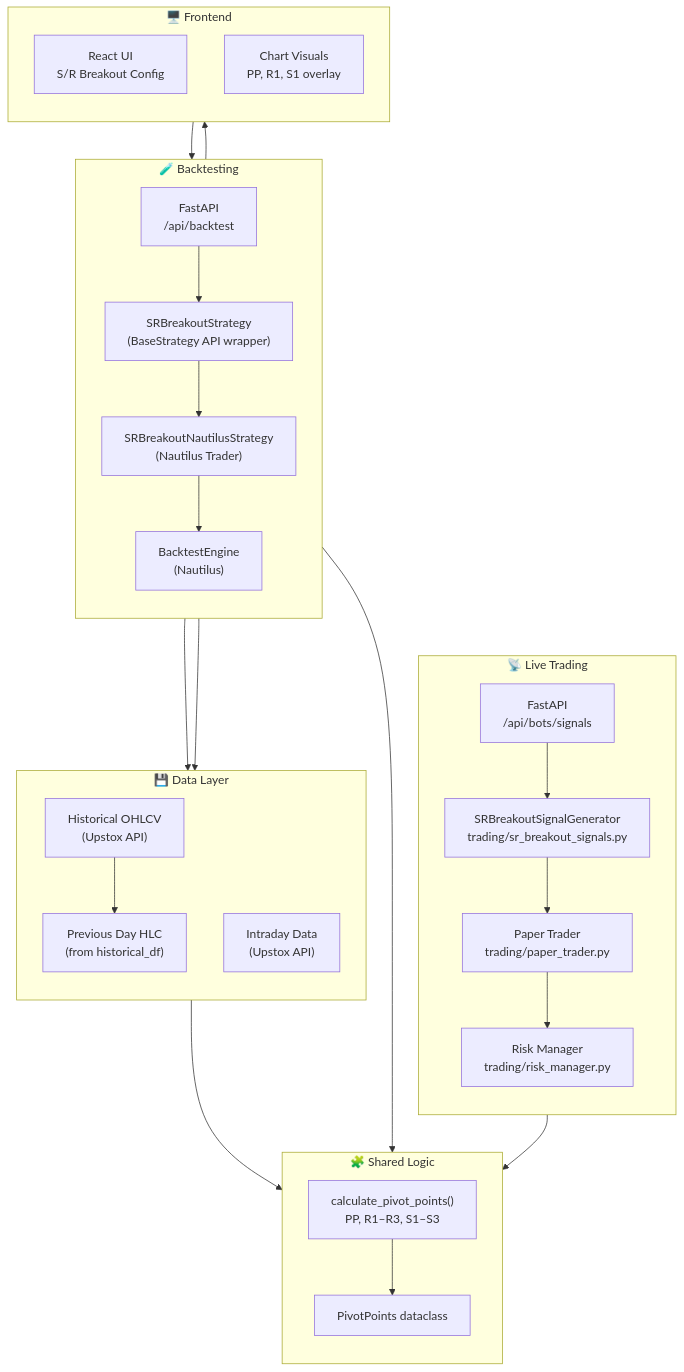
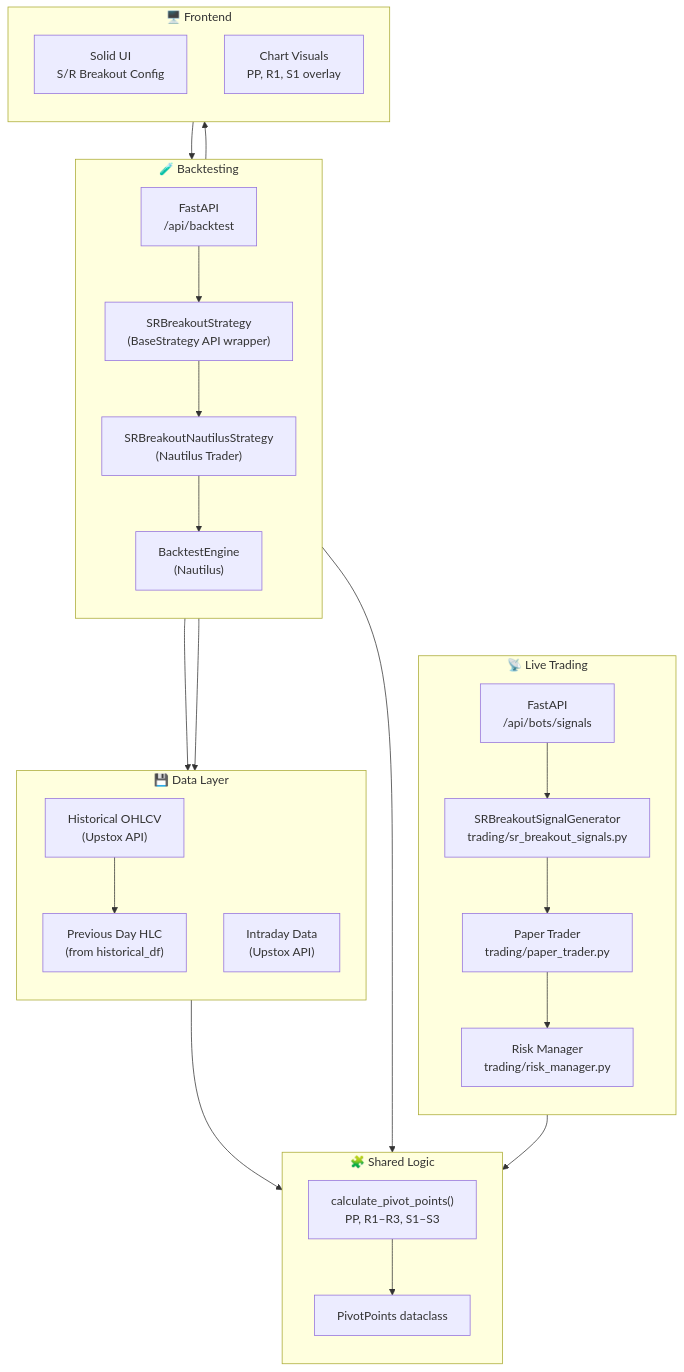
One commit to syntaxhacker/Alphashri changed the fifth of 5 diagrams in stock-screener-ui/docs/strategy-sr-breakout.md. Above: the diagram before and after it, drawn with Mermaid. The commit also changed 15 other files, not shown here.

First line of the commit message:
docs: correct the React-era claims to SolidJS

````diff
--- a/stock-screener-ui/docs/strategy-sr-breakout.md
+++ b/stock-screener-ui/docs/strategy-sr-breakout.md
@@ -379,57 +379,57 @@
 ```mermaid
 flowchart TB
     subgraph LiveTrading["📡 Live Trading"]
         direction TB
         API["FastAPI\n/api/bots/signals"]
         SG["SRBreakoutSignalGenerator\ntrading/sr_breakout_signals.py"]
         RT["Paper Trader\ntrading/paper_trader.py"]
         RM["Risk Manager\ntrading/risk_manager.py"]
     end
 
     subgraph BacktestEngine["🧪 Backtesting"]
         direction TB
         API_B["FastAPI\n/api/backtest"]
         BS["SRBreakoutStrategy\n(BaseStrategy API wrapper)"]
         NS["SRBreakoutNautilusStrategy\n(Nautilus Trader)"]
         BE["BacktestEngine\n(Nautilus)"]
     end
 
     subgraph Data["💾 Data Layer"]
         direction TB
         HIST["Historical OHLCV\n(Upstox API)"]
         INTRA["Intraday Data\n(Upstox API)"]
         PREV["Previous Day HLC\n(from historical_df)"]
     end
 
     subgraph Common["🧩 Shared Logic"]
         direction TB
         PIVOT["calculate_pivot_points()\nPP, R1–R3, S1–S3"]
         PP["PivotPoints dataclass"]
     end
 
     subgraph Frontend["🖥️ Frontend"]
         direction TB
-        UI["React UI\nS/R Breakout Config"]
+        UI["Solid UI\nS/R Breakout Config"]
         CHART["Chart Visuals\nPP, R1, S1 overlay"]
     end
 
     API --> SG
     SG --> RT
     RT --> RM
 
     API_B --> BS
     BS --> NS
     NS --> BE
     BE --> HIST
     BE --> INTRA
 
     SG --> PIVOT
     NS --> PIVOT
     PIVOT --> PP
 
     HIST --> PREV
     PREV --> PIVOT
 
     UI --> API_B
     BS --> CHART
 ```
````
